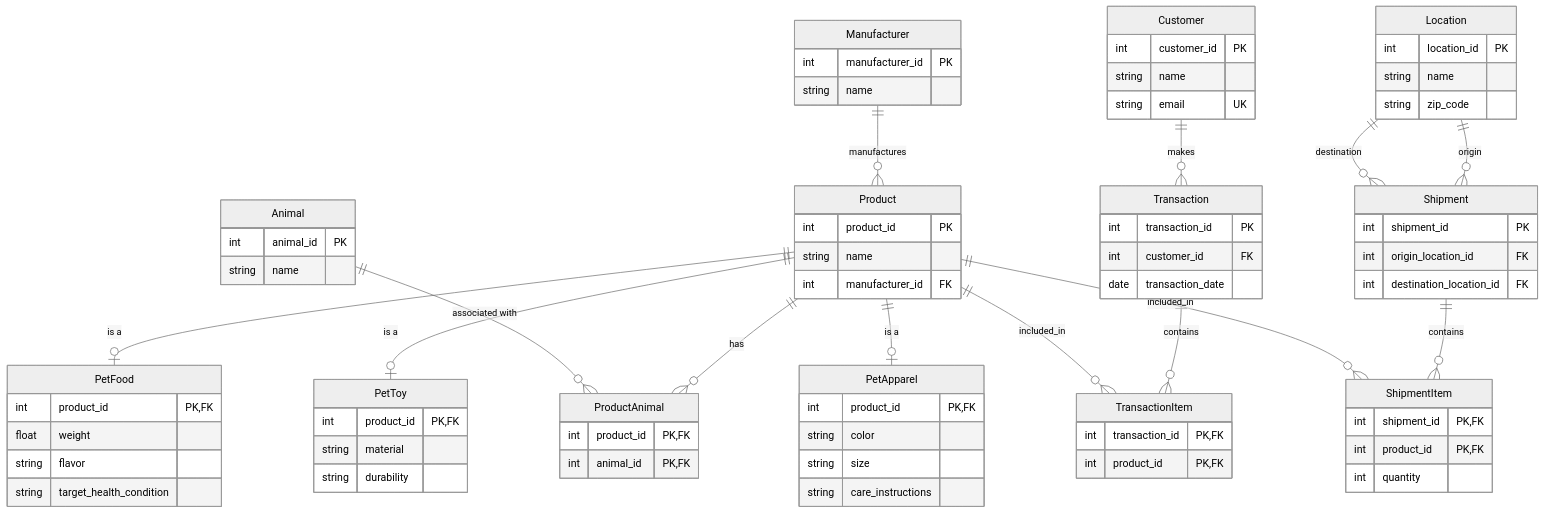
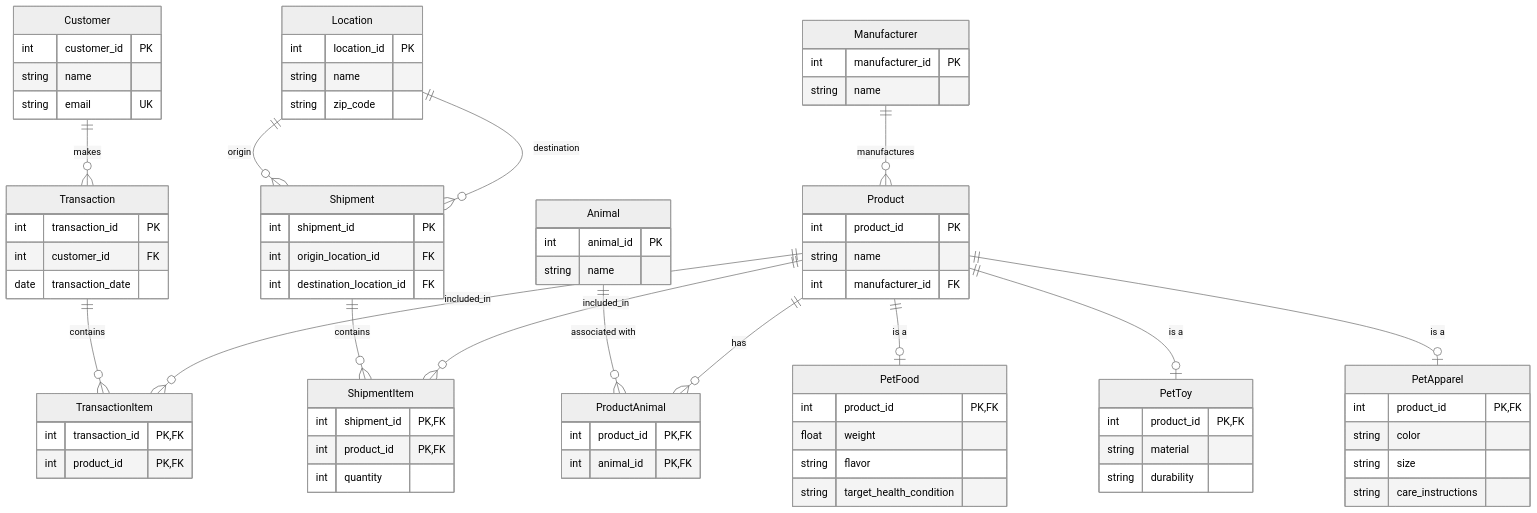
The diagram in pet-products-erd/erd.mmd (UbaidRaza-jpg/virtual-internship-projects), drawn with Mermaid (neutral theme) before and after one commit. The commit also changed 1 other file, not shown here.

Commit message:
Optimize ERD layout to prevent relationship overlap

```diff
--- a/pet-products-erd/erd.mmd
+++ b/pet-products-erd/erd.mmd
@@ -1,78 +1,81 @@
 erDiagram
     Manufacturer {
         int manufacturer_id PK
         string name
     }
     Animal {
         int animal_id PK
         string name
     }
     Product {
         int product_id PK
         string name
         int manufacturer_id FK
     }
     PetFood {
         int product_id PK,FK
         float weight
         string flavor
         string target_health_condition
     }
     PetToy {
         int product_id PK,FK
         string material
         string durability
     }
     PetApparel {
         int product_id PK,FK
         string color
         string size
         string care_instructions
     }
     ProductAnimal {
         int product_id PK,FK
         int animal_id PK,FK
     }
     Customer {
         int customer_id PK
         string name
         string email UK
     }
     Transaction {
         int transaction_id PK
         int customer_id FK
         date transaction_date
     }
     TransactionItem {
         int transaction_id PK,FK
         int product_id PK,FK
     }
     Location {
         int location_id PK
         string name
         string zip_code
     }
     Shipment {
         int shipment_id PK
         int origin_location_id FK
         int destination_location_id FK
     }
     ShipmentItem {
         int shipment_id PK,FK
         int product_id PK,FK
         int quantity
     }
 
     Manufacturer ||--o{ Product : "manufactures"
+    Customer ||--o{ Transaction : "makes"
+    Transaction ||--o{ TransactionItem : "contains"
+    Location ||--o{ Shipment : "origin"
+    Location ||--o{ Shipment : "destination"
+    Shipment ||--o{ ShipmentItem : "contains"
+
+    Product ||--o{ TransactionItem : "included_in"
+    Product ||--o{ ShipmentItem : "included_in"
+
+    Animal ||--o{ ProductAnimal : "associated with"
+    Product ||--o{ ProductAnimal : "has"
+
     Product ||--o| PetFood : "is a"
     Product ||--o| PetToy : "is a"
     Product ||--o| PetApparel : "is a"
-    Product ||--o{ ProductAnimal : "has"
-    Animal ||--o{ ProductAnimal : "associated with"
-    Customer ||--o{ Transaction : "makes"
-    Transaction ||--o{ TransactionItem : "contains"
-    Product ||--o{ TransactionItem : "included_in"
-    Location ||--o{ Shipment : "origin"
-    Location ||--o{ Shipment : "destination"
-    Shipment ||--o{ ShipmentItem : "contains"
-    Product ||--o{ ShipmentItem : "included_in"
```
